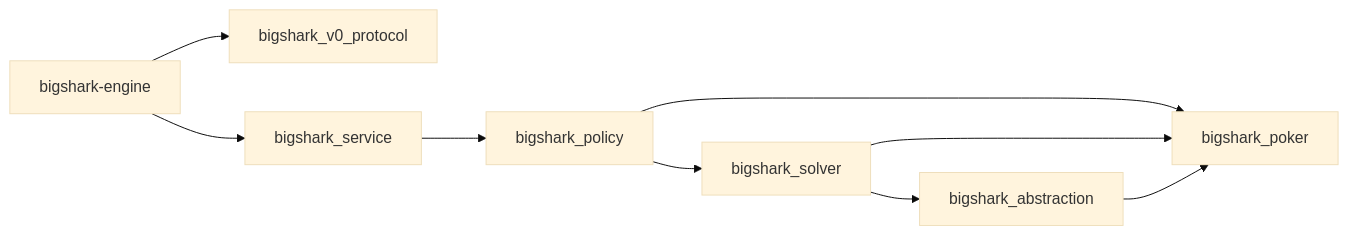
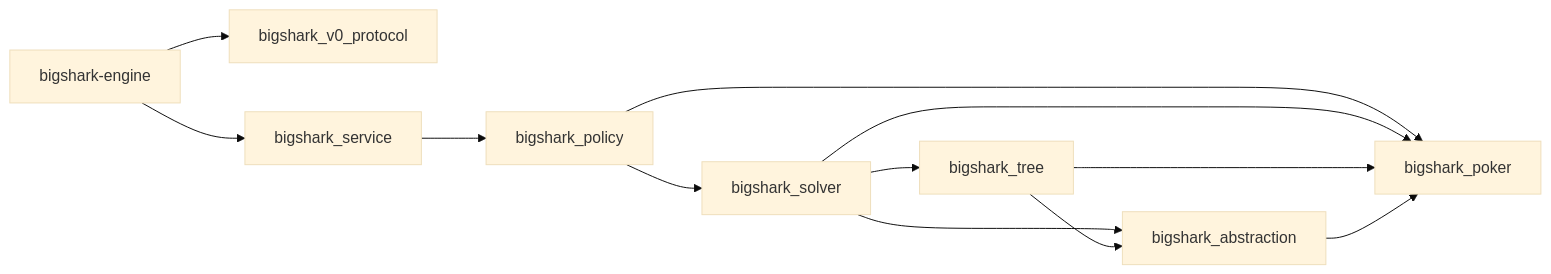
The second of 4 diagrams in docs/design/gto-engine.md (Zzzode/BigShark), drawn with Mermaid (base theme) before and after one commit. The commit also changed other lines of this file and 17 other files, not shown here.

````diff
--- a/docs/design/gto-engine.md
+++ b/docs/design/gto-engine.md
@@ -80,11 +82,14 @@
 ```mermaid
 flowchart LR
   Host[bigshark-engine] --> V0[bigshark_v0_protocol]
   Host --> Service[bigshark_service]
   Service --> Policy[bigshark_policy]
   Policy --> Solver[bigshark_solver]
   Policy --> Poker[bigshark_poker]
+  Solver --> Tree[bigshark_tree]
   Solver --> Abstraction[bigshark_abstraction]
   Solver --> Poker
+  Tree --> Abstraction
+  Tree --> Poker
   Abstraction --> Poker
 ```
````
